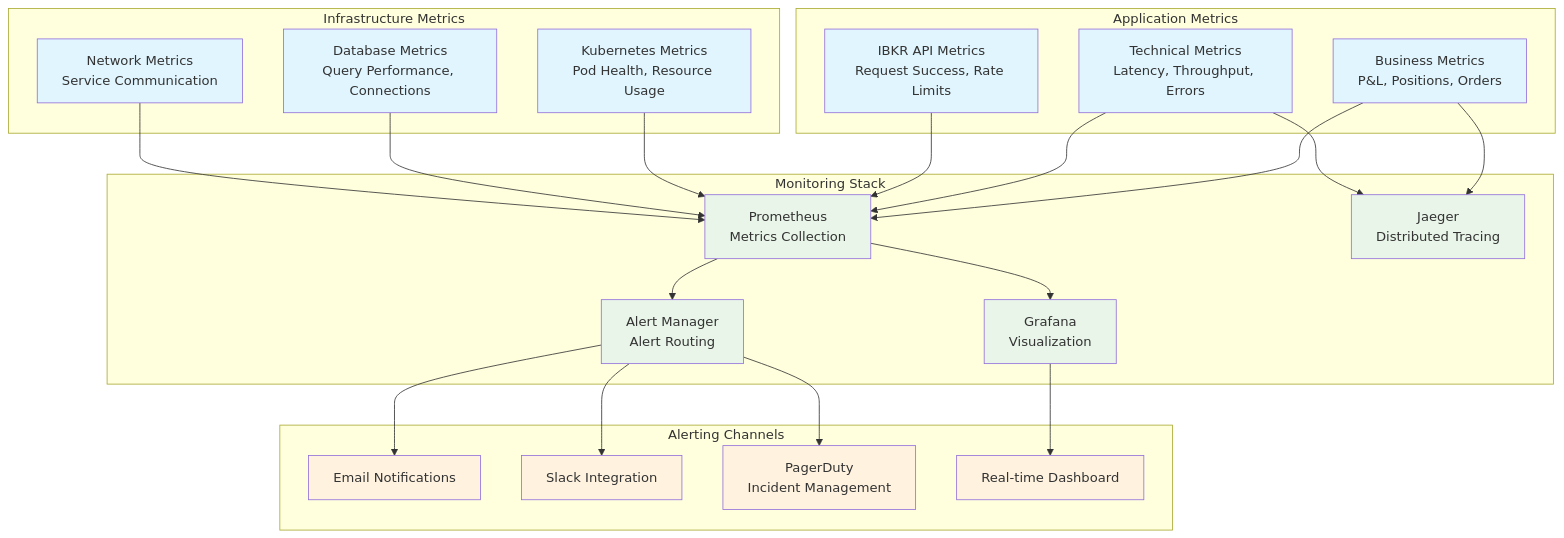
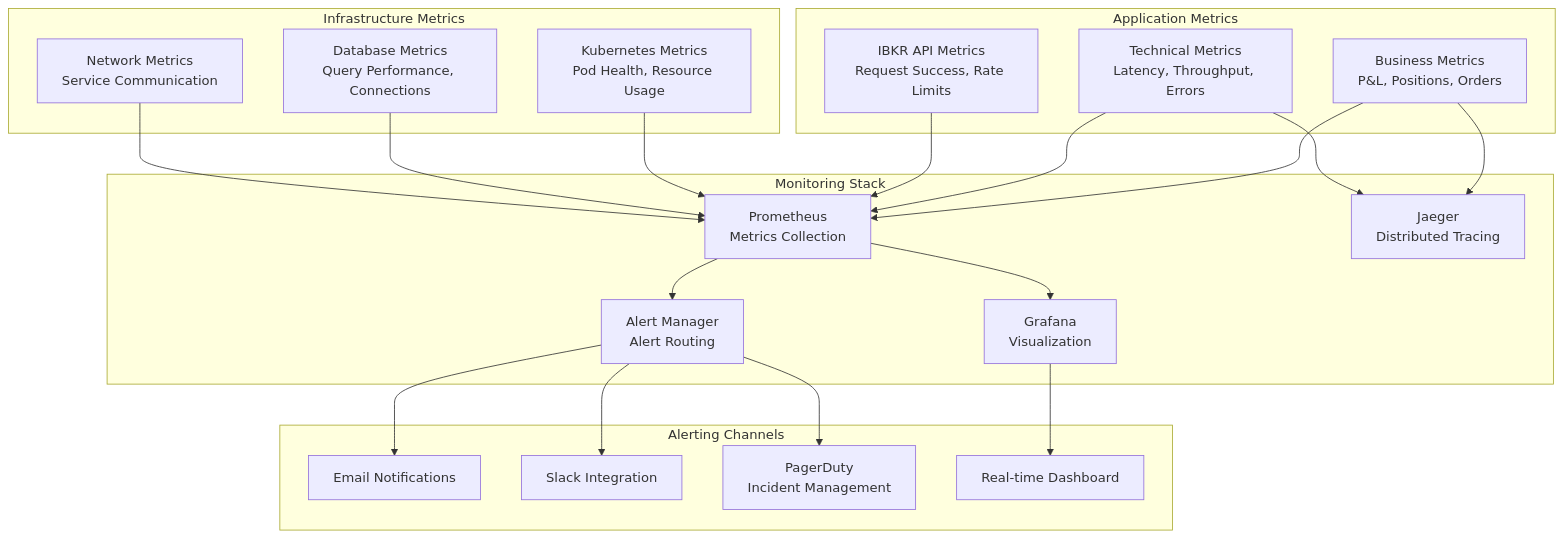
The sixth of 7 diagrams in src/Python_Programs/IBKR_Trading_System_Architecture.md (petewilburn/Python-Programs-for-Fun-and-Education), drawn with Mermaid before and after one commit. The commit also changed other lines of this file and 3 other files, not shown here.

Commit message:
Remove all Mermaid styling for better dark mode compatibility

````diff
--- a/src/Python_Programs/IBKR_Trading_System_Architecture.md
+++ b/src/Python_Programs/IBKR_Trading_System_Architecture.md
@@ -539,58 +499,50 @@
 ```mermaid
 graph TB
     subgraph "Application Metrics"
         AppMetrics[Business Metrics<br/>P&L, Positions, Orders]
         TechMetrics[Technical Metrics<br/>Latency, Throughput, Errors]
         IBKRMetrics[IBKR API Metrics<br/>Request Success, Rate Limits]
     end
     
     subgraph "Infrastructure Metrics"
         K8sMetrics[Kubernetes Metrics<br/>Pod Health, Resource Usage]
         DBMetrics[Database Metrics<br/>Query Performance, Connections]
         NetworkMetrics[Network Metrics<br/>Service Communication]
     end
     
     subgraph "Monitoring Stack"
         Prometheus[Prometheus<br/>Metrics Collection]
         Grafana[Grafana<br/>Visualization]
         AlertManager[Alert Manager<br/>Alert Routing]
         Jaeger[Jaeger<br/>Distributed Tracing]
     end
     
     subgraph "Alerting Channels"
         Email[Email Notifications]
         Slack[Slack Integration]
         PagerDuty[PagerDuty<br/>Incident Management]
         Dashboard[Real-time Dashboard]
     end
     
     %% Metrics collection
     AppMetrics --> Prometheus
     TechMetrics --> Prometheus
     IBKRMetrics --> Prometheus
     K8sMetrics --> Prometheus
     DBMetrics --> Prometheus
     NetworkMetrics --> Prometheus
     
     %% Monitoring stack
     Prometheus --> Grafana
     Prometheus --> AlertManager
     Grafana --> Dashboard
     
     %% Alerting
     AlertManager --> Email
     AlertManager --> Slack
     AlertManager --> PagerDuty
     
     %% Tracing
     AppMetrics --> Jaeger
     TechMetrics --> Jaeger
-    
-    classDef metrics fill:#e1f5fe
-    classDef monitoring fill:#e8f5e8
-    classDef alerting fill:#fff3e0
-    
-    class AppMetrics,TechMetrics,IBKRMetrics,K8sMetrics,DBMetrics,NetworkMetrics metrics
-    class Prometheus,Grafana,AlertManager,Jaeger monitoring
-    class Email,Slack,PagerDuty,Dashboard alerting
 ```
````
